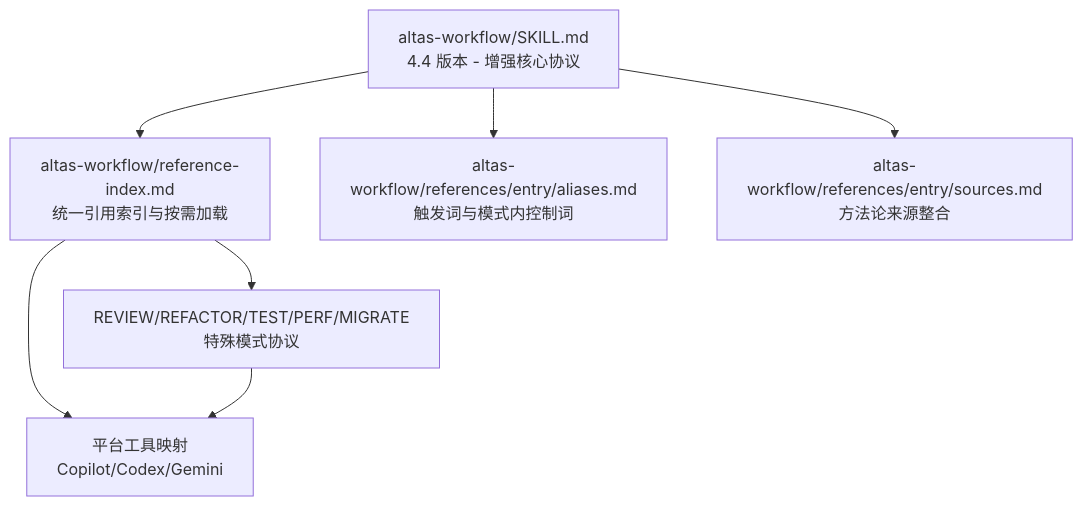
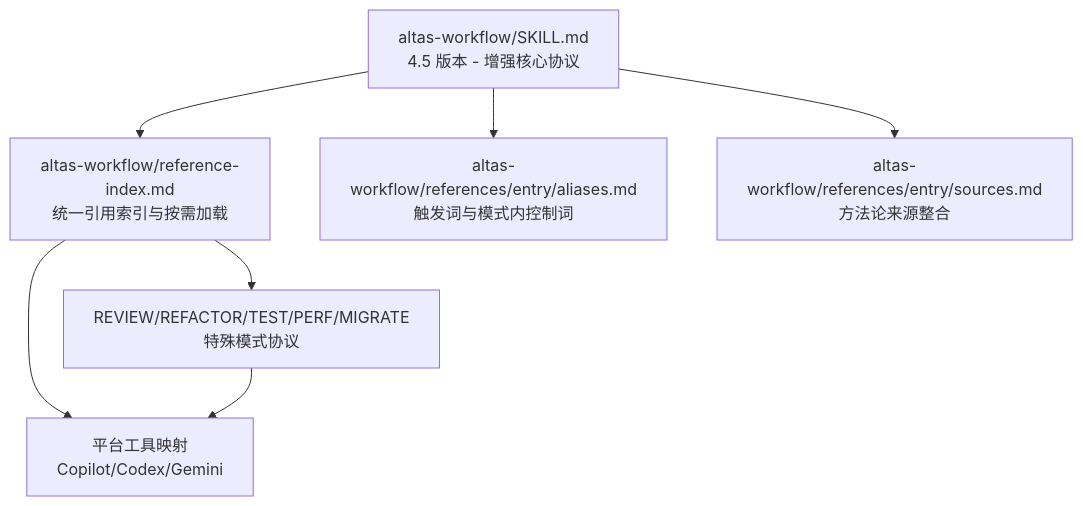
The first of 9 diagrams in .qoder/repowiki/zh/content/核心协议/核心协议.md (AngelWings1997/altas), drawn with Mermaid before and after one commit. The commit also changed other lines of this file and 3 other files, not shown here.

First line of the commit message:
docs(Altas Workflow): 新增入口来源整合功能与REVIEW模式协议文档

````diff
--- a/.qoder/repowiki/zh/content/核心协议/核心协议.md
+++ b/.qoder/repowiki/zh/content/核心协议/核心协议.md
@@ -70,15 +72,15 @@
 ```mermaid
 graph TB
-主协议["altas-workflow/SKILL.md<br/>4.4 版本 - 增强核心协议"]
+主协议["altas-workflow/SKILL.md<br/>4.5 版本 - 增强核心协议"]
 索引["altas-workflow/reference-index.md<br/>统一引用索引与按需加载"]
 别名["altas-workflow/references/entry/aliases.md<br/>触发词与模式内控制词"]
 来源["altas-workflow/references/entry/sources.md<br/>方法论来源整合"]
 特殊模式["REVIEW/REFACTOR/TEST/PERF/MIGRATE<br/>特殊模式协议"]
 工具适配["平台工具映射<br/>Copilot/Codex/Gemini"]
 主协议 --> 索引
 主协议 --> 别名
 主协议 --> 来源
 索引 --> 特殊模式
 索引 --> 工具适配
 特殊模式 --> 工具适配
 ```
````
